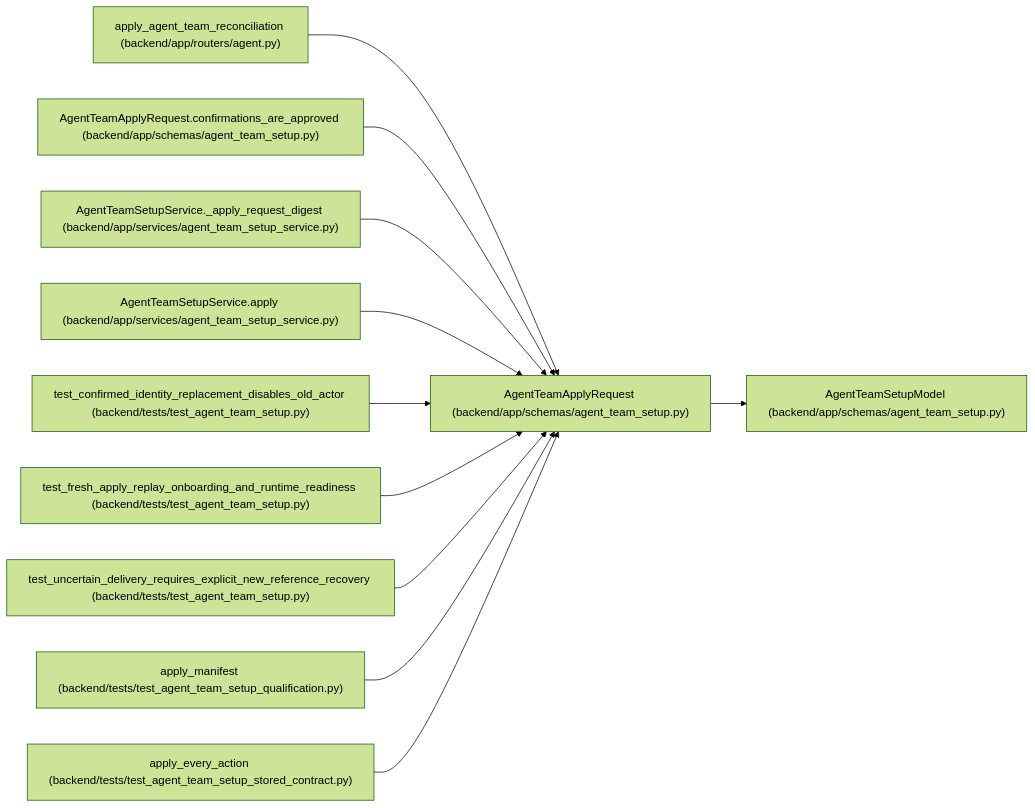
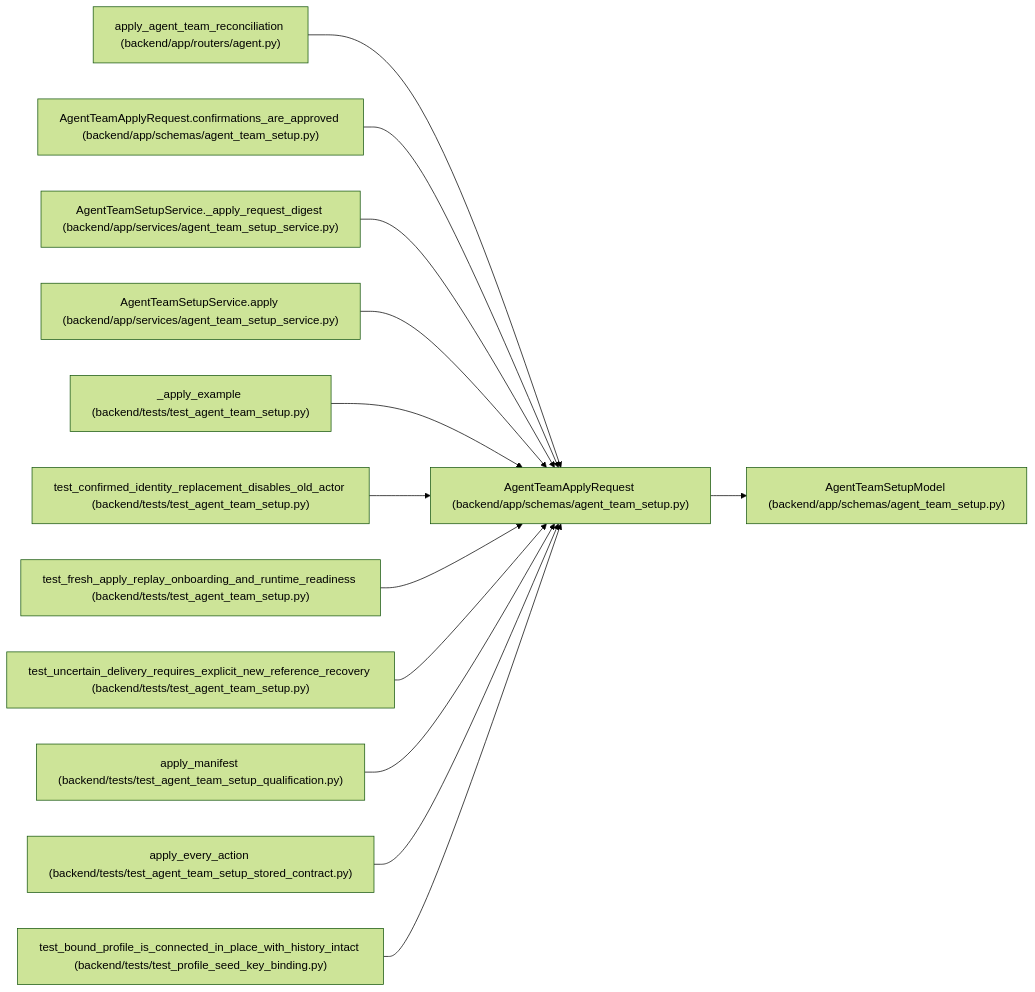
Before and after one commit to Denissvgn/WorkChord: the diagram in docs/llm_wiki/entities/AgentTeamApplyRequest.md, drawn with Mermaid (forest theme). The commit also changed other lines of this file and 1817 other files, not shown here.

First line of the commit message:
Refresh the architectural wiki for the 1.9.0 changes

````diff
--- a/docs/llm_wiki/entities/AgentTeamApplyRequest.md
+++ b/docs/llm_wiki/entities/AgentTeamApplyRequest.md
@@ -39,35 +39,41 @@
 ```mermaid
 flowchart LR
     n0["AgentTeamApplyRequest (backend/app/schemas/agent_team_setup.py)"]
     n1["AgentTeamSetupModel (backend/app/schemas/agent_team_setup.py)"]
     n2["apply_agent_team_reconciliation (backend/app/routers/agent.py)"]
     n3["AgentTeamApplyRequest.confirmations_are_approved (backend/app/schemas/agent_team_setup.py)"]
     n4["AgentTeamSetupService._apply_request_digest (backend/app/services/agent_team_setup_service.py)"]
     n5["AgentTeamSetupService.apply (backend/app/services/agent_team_setup_service.py)"]
-    n6["test_confirmed_identity_replacement_disables_old_actor (backend/tests/test_agent_team_setup.py)"]
-    n7["test_fresh_apply_replay_onboarding_and_runtime_readiness (backend/tests/test_agent_team_setup.py)"]
-    n8["test_uncertain_delivery_requires_explicit_new_reference_recovery (backend/tests/test_agent_team_setup.py)"]
-    n9["apply_manifest (backend/tests/test_agent_team_setup_qualification.py)"]
-    n10["apply_every_action (backend/tests/test_agent_team_setup_stored_contract.py)"]
+    n6["_apply_example (backend/tests/test_agent_team_setup.py)"]
+    n7["test_confirmed_identity_replacement_disables_old_actor (backend/tests/test_agent_team_setup.py)"]
+    n8["test_fresh_apply_replay_onboarding_and_runtime_readiness (backend/tests/test_agent_team_setup.py)"]
+    n9["test_uncertain_delivery_requires_explicit_new_reference_recovery (backend/tests/test_agent_team_setup.py)"]
+    n10["apply_manifest (backend/tests/test_agent_team_setup_qualification.py)"]
+    n11["apply_every_action (backend/tests/test_agent_team_setup_stored_contract.py)"]
+    n12["test_bound_profile_is_connected_in_place_with_history_intact (backend/tests/test_profile_seed_key_binding.py)"]
     n0 --> n1
     n2 --> n0
     n3 --> n0
     n4 --> n0
     n5 --> n0
     n6 --> n0
     n7 --> n0
     n8 --> n0
     n9 --> n0
     n10 --> n0
+    n11 --> n0
+    n12 --> n0
     click n0 "../modules/agent_team_setup.md"
     click n1 "../modules/agent_team_setup.md"
     click n2 "../modules/routers_agent.md"
     click n3 "../modules/agent_team_setup.md"
     click n4 "../modules/agent_team_setup_service.md"
     click n5 "../modules/agent_team_setup_service.md"
     click n6 "../modules/test_agent_team_setup.md"
     click n7 "../modules/test_agent_team_setup.md"
     click n8 "../modules/test_agent_team_setup.md"
-    click n9 "../modules/test_agent_team_setup_qualification.md"
-    click n10 "../modules/test_agent_team_setup_stored_contract.md"
+    click n9 "../modules/test_agent_team_setup.md"
+    click n10 "../modules/test_agent_team_setup_qualification.md"
+    click n11 "../modules/test_agent_team_setup_stored_contract.md"
+    click n12 "../modules/test_profile_seed_key_binding.md"
 ```
````
